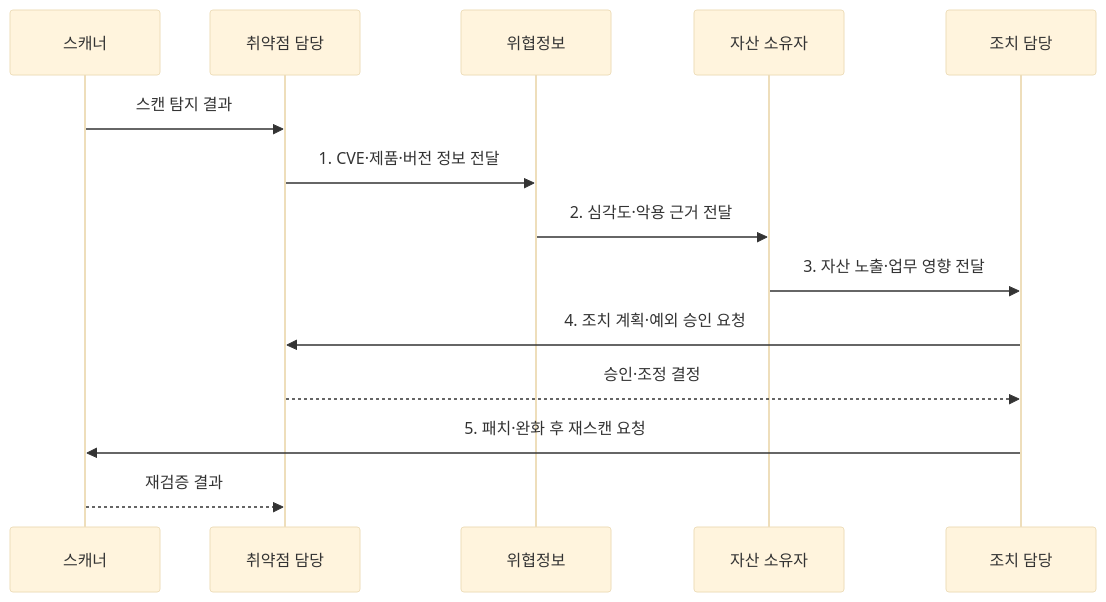
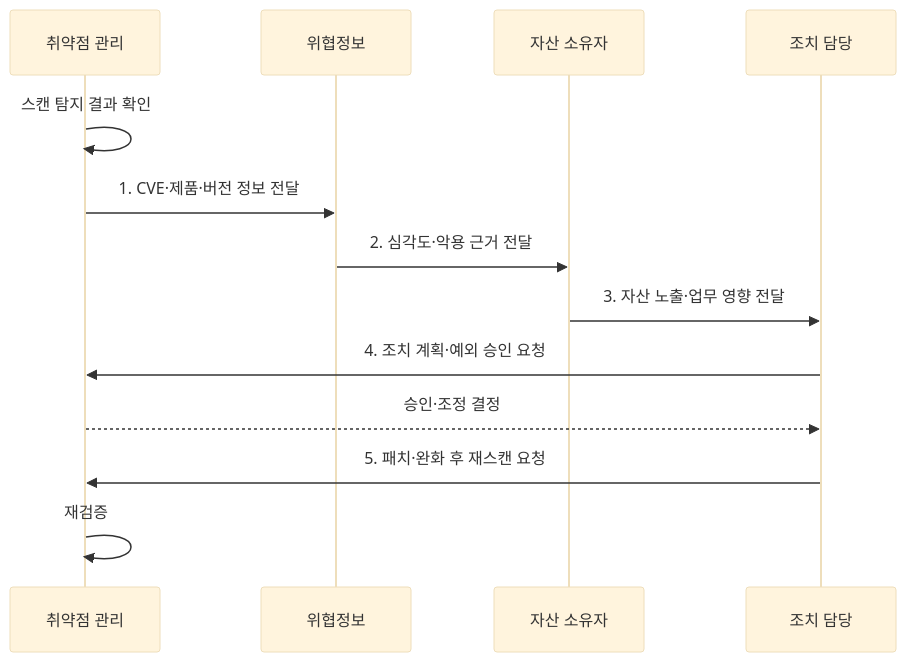
One commit to agnusdei1207/knowledge-base changed the second of 2 diagrams in src/content/docs/notes/05-security/120_vulnerability_prioritization_epss_cvss.md. Above: the diagram before and after it, drawn with Mermaid (base theme). The commit also changed 4 other files, not shown here.

Commit message:
Focus vulnerability and device sequences

````diff
--- a/src/content/docs/notes/05-security/120_vulnerability_prioritization_epss_cvss.md
+++ b/src/content/docs/notes/05-security/120_vulnerability_prioritization_epss_cvss.md
@@ -97,16 +97,15 @@
 ```mermaid
 sequenceDiagram
-  participant S as 스캐너
-  participant V as 취약점 담당
+  participant V as 취약점 관리
   participant T as 위협정보
   participant A as 자산 소유자
   participant O as 조치 담당
-  S->>V: 스캔 탐지 결과
+  V->>V: 스캔 탐지 결과 확인
   V->>T: 1. CVE·제품·버전 정보 전달
   T->>A: 2. 심각도·악용 근거 전달
   A->>O: 3. 자산 노출·업무 영향 전달
   O->>V: 4. 조치 계획·예외 승인 요청
   V-->>O: 승인·조정 결정
-  O->>S: 5. 패치·완화 후 재스캔 요청
-  S-->>V: 재검증 결과
+  O->>V: 5. 패치·완화 후 재스캔 요청
+  V->>V: 재검증
 ```
````
